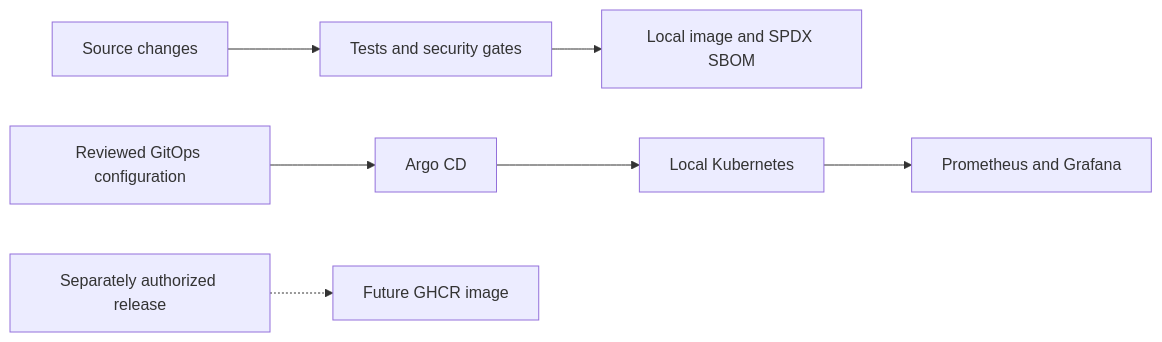
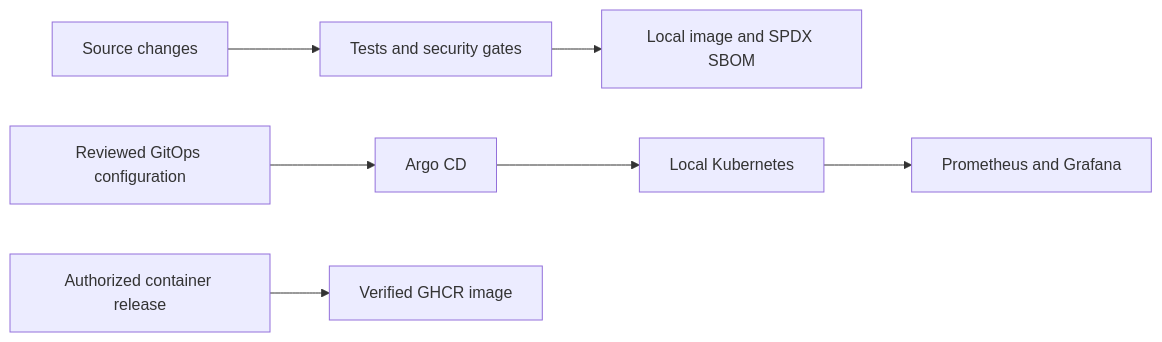
One commit to kelechiP/secure-gitops-platform-portfolio changed the diagram in README.md. Above: the diagram before and after it, drawn with Mermaid. The commit also changed other lines of this file and 6 other files, not shown here.

Commit message:
docs(release): record verified v0.1.0 container release

````diff
--- a/README.md
+++ b/README.md
@@ -9,9 +9,9 @@
 ```mermaid
 flowchart LR
     Code[Source changes] --> CI[Tests and security gates]
     CI --> Image[Local image and SPDX SBOM]
     Git[Reviewed GitOps configuration] --> Argo[Argo CD]
     Argo --> K8s[Local Kubernetes]
     K8s --> Metrics[Prometheus and Grafana]
-    Release[Separately authorized release] -.-> Registry[Future GHCR image]
+    Release[Authorized container release] --> Registry[Verified GHCR image]
 ```
````
